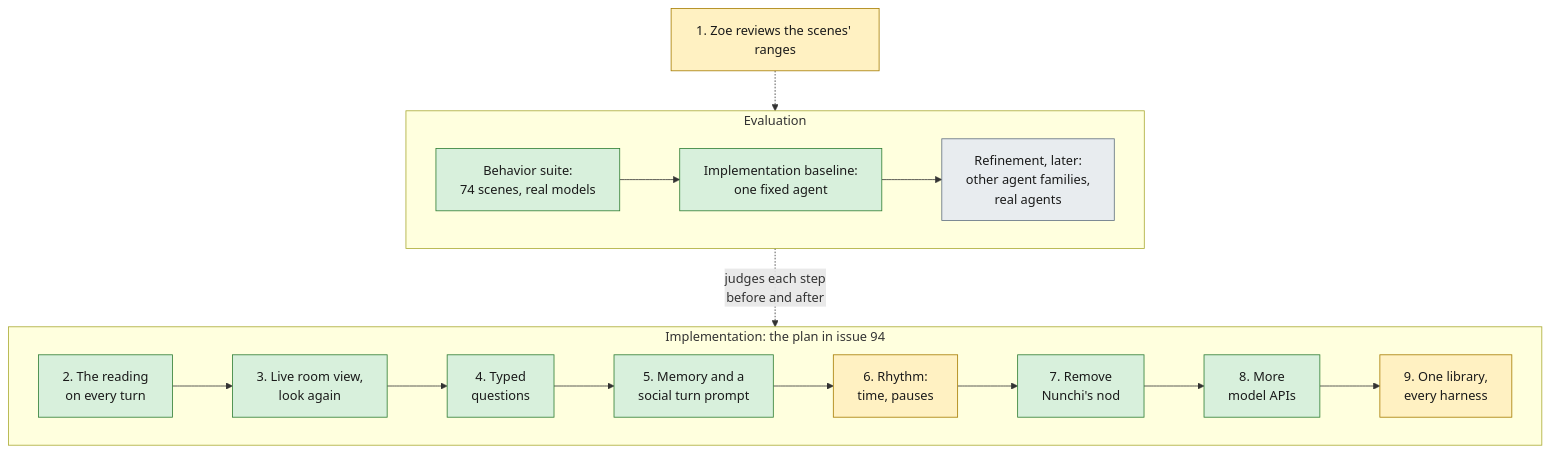
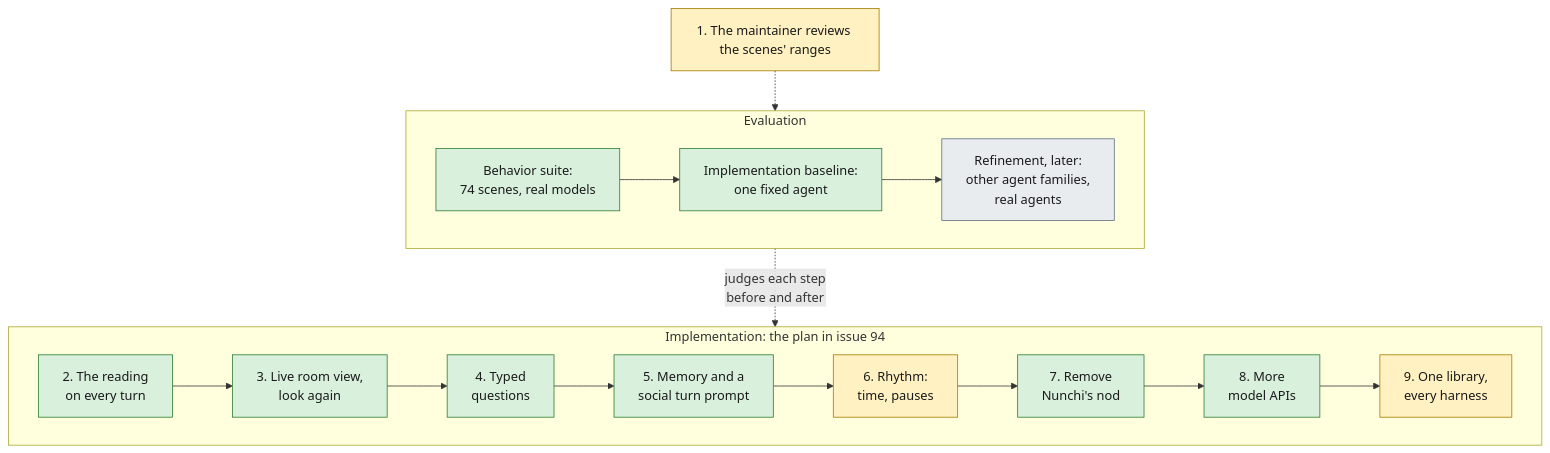
One commit to mentatzoe/nunchi changed the third of 3 diagrams in README.md. Above: the diagram before and after it, drawn with Mermaid. The commit also changed 260 other files, not shown here.

````diff
--- a/README.md
+++ b/README.md
@@ -87,28 +87,28 @@
 ```mermaid
 flowchart TB
     classDef done fill:#d8f0dc,stroke:#2e7d32,color:#1a1a1a
     classDef next fill:#fff1c2,stroke:#a67c00,color:#1a1a1a
     classDef later fill:#e8ecef,stroke:#607080,color:#1a1a1a
     subgraph build["Implementation: the plan in issue 94"]
         direction LR
         p2["2. The reading<br/>on every turn"]:::done
         p3["3. Live room view,<br/>look again"]:::done
         p4["4. Typed<br/>questions"]:::done
         p5["5. Memory and a<br/>social turn prompt"]:::done
         p6["6. Rhythm:<br/>time, pauses"]:::next
         p7["7. Remove<br/>Nunchi's nod"]:::done
         p8["8. More<br/>model APIs"]:::done
         p9["9. One library,<br/>every harness"]:::next
         p2 --> p3 --> p4 --> p5 --> p6 --> p7 --> p8 --> p9
     end
     subgraph measure["Evaluation"]
         direction LR
         e1["Behavior suite:<br/>74 scenes, real models"]:::done
         e2["Implementation baseline:<br/>one fixed agent"]:::done
         e3["Refinement, later:<br/>other agent families,<br/>real agents"]:::later
         e1 --> e2 --> e3
     end
-    p1["1. Zoe reviews the scenes' ranges"]:::next
+    p1["1. The maintainer reviews the scenes' ranges"]:::next
     p1 -.-> measure
     measure -. "judges each step<br/>before and after" .-> build
 ```
````
